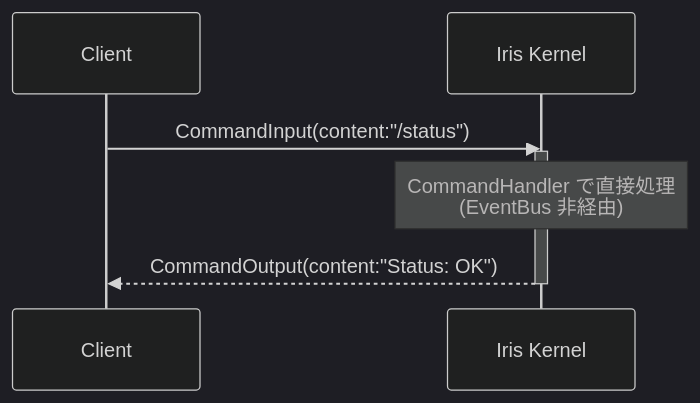
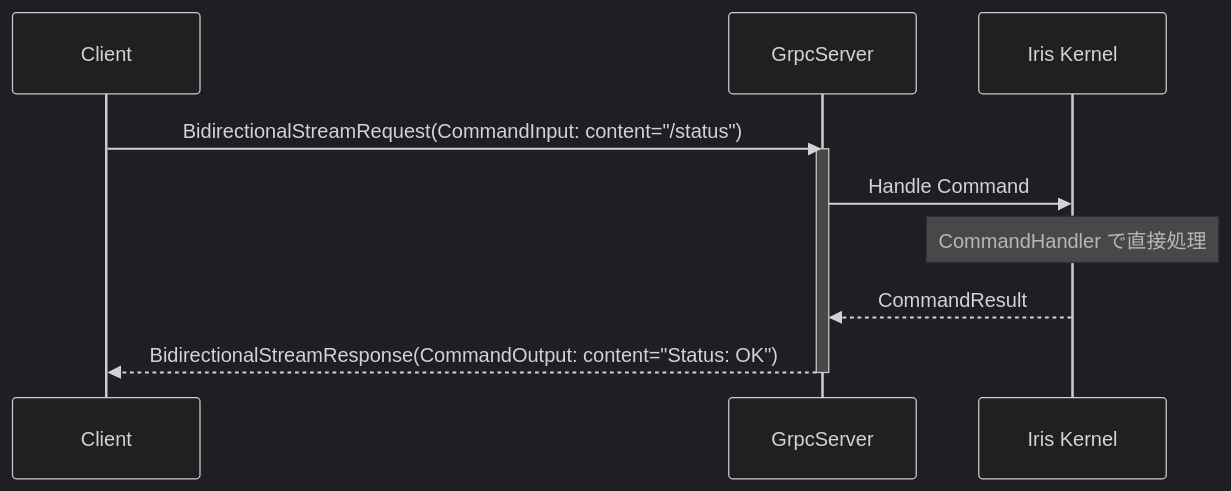
One commit to ibukani/iris-mind changed the second of 2 diagrams in docs/ipc-spec.md. Above: the diagram before and after it, drawn with Mermaid (dark theme). The commit also changed other lines of this file and 35 other files, not shown here.

````diff
--- a/docs/ipc-spec.md
+++ b/docs/ipc-spec.md
@@ -271,11 +178,14 @@
 ```mermaid
 sequenceDiagram
     participant Client
+    participant Server as GrpcServer
     participant Kernel as Iris Kernel
 
-    Client->>Kernel: CommandInput(content:"/status")
-    activate Kernel
-    Note over Kernel: CommandHandler で直接処理<br/>(EventBus 非経由)
-    Kernel-->>Client: CommandOutput(content:"Status: OK")
-    deactivate Kernel
+    Client->>Server: BidirectionalStreamRequest(CommandInput: content="/status")
+    activate Server
+    Server->>Kernel: Handle Command
+    Note over Kernel: CommandHandler で直接処理
+    Kernel-->>Server: CommandResult
+    Server-->>Client: BidirectionalStreamResponse(CommandOutput: content="Status: OK")
+    deactivate Server
 ```
````
